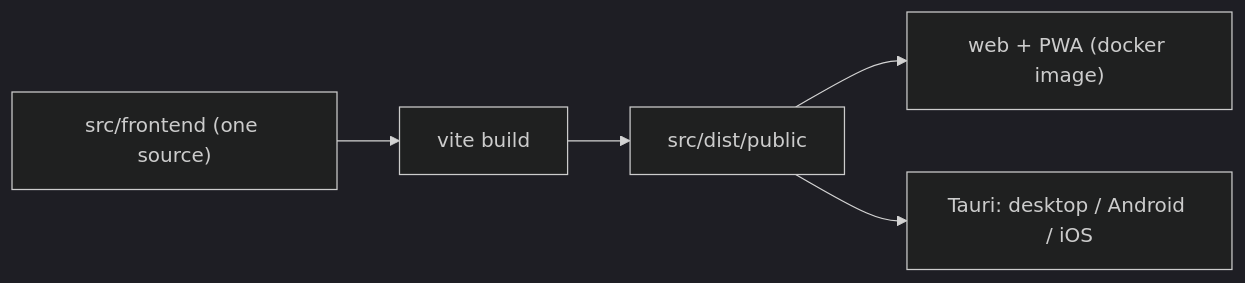
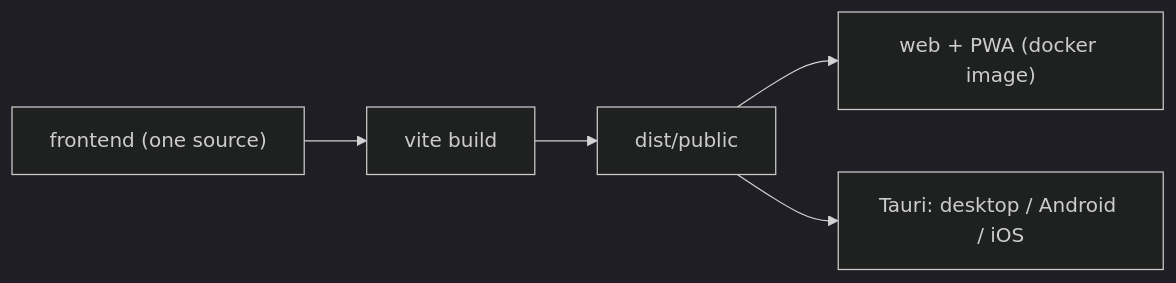
One commit to mammhoud/PlanInc changed the diagram in docs/13-single-frontend-platforms.md. Above: the diagram before and after it, drawn with Mermaid (dark theme). The commit also changed other lines of this file and 1350 other files, not shown here.

````diff
--- a/docs/13-single-frontend-platforms.md
+++ b/docs/13-single-frontend-platforms.md
@@ -33,7 +34,7 @@
 ```mermaid
 flowchart LR
-  F["src/frontend (one source)"] --> V["vite build"]
-  V --> D["src/dist/public"]
+  F["frontend (one source)"] --> V["vite build"]
+  V --> D["dist/public"]
   D --> W["web + PWA (docker image)"]
   D --> T["Tauri: desktop / Android / iOS"]
 ```
````
